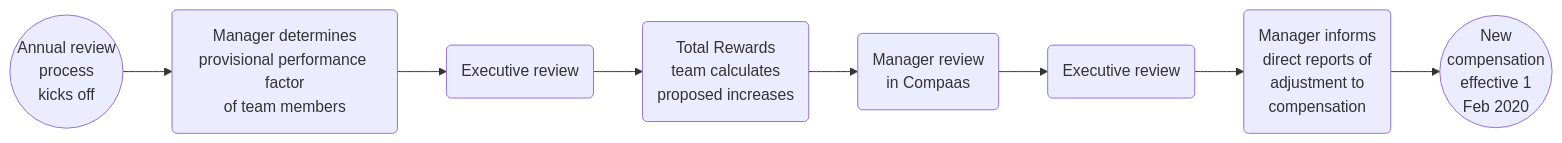
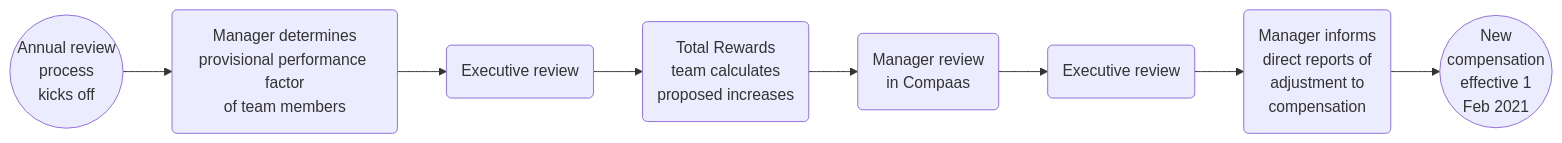
Before and after one commit to secretstartups/handbook: the diagram in total-rewards/compensation/compensation-review-cycle/index.html.md, drawn with Mermaid. The commit also changed other lines of this file, not shown here.

````diff
--- a/total-rewards/compensation/compensation-review-cycle/index.html.md
+++ b/total-rewards/compensation/compensation-review-cycle/index.html.md
@@ -35,19 +35,19 @@
 ```mermaid
 graph LR
     start((Annual review<br/>process<br/>kicks off))
     step_manager_review(Manager determines<br/>provisional performance factor<br/>of team members)
     step_exec_review_1(Executive review)
     step_tr_calculate(Total Rewards<br/>team calculates<br/>proposed increases)
     step_manager_compaas(Manager review<br/>in Compaas)
     step_exec_review_2(Executive review)
     step_manager_final(Manager informs<br/>direct reports of<br/>adjustment to<br/> compensation)
-    stop((New<br/>compensation<br/>effective 1<br/>Feb 2020))
+    stop((New<br/>compensation<br/>effective 1<br/>Feb 2021))
 
     start-->step_manager_review
     step_manager_review-->step_exec_review_1
     step_exec_review_1-->step_tr_calculate
     step_tr_calculate-->step_manager_compaas
     step_manager_compaas-->step_exec_review_2
     step_exec_review_2-->step_manager_final
     step_manager_final-->stop
 ```
````
